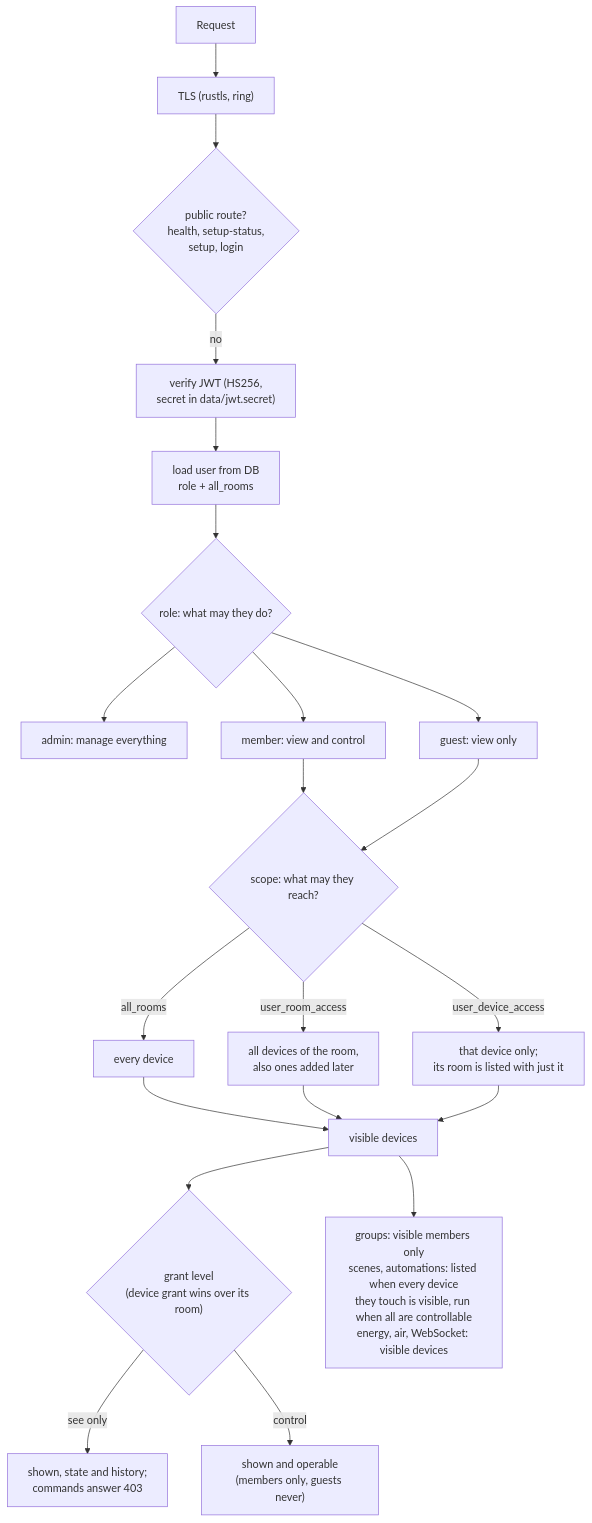
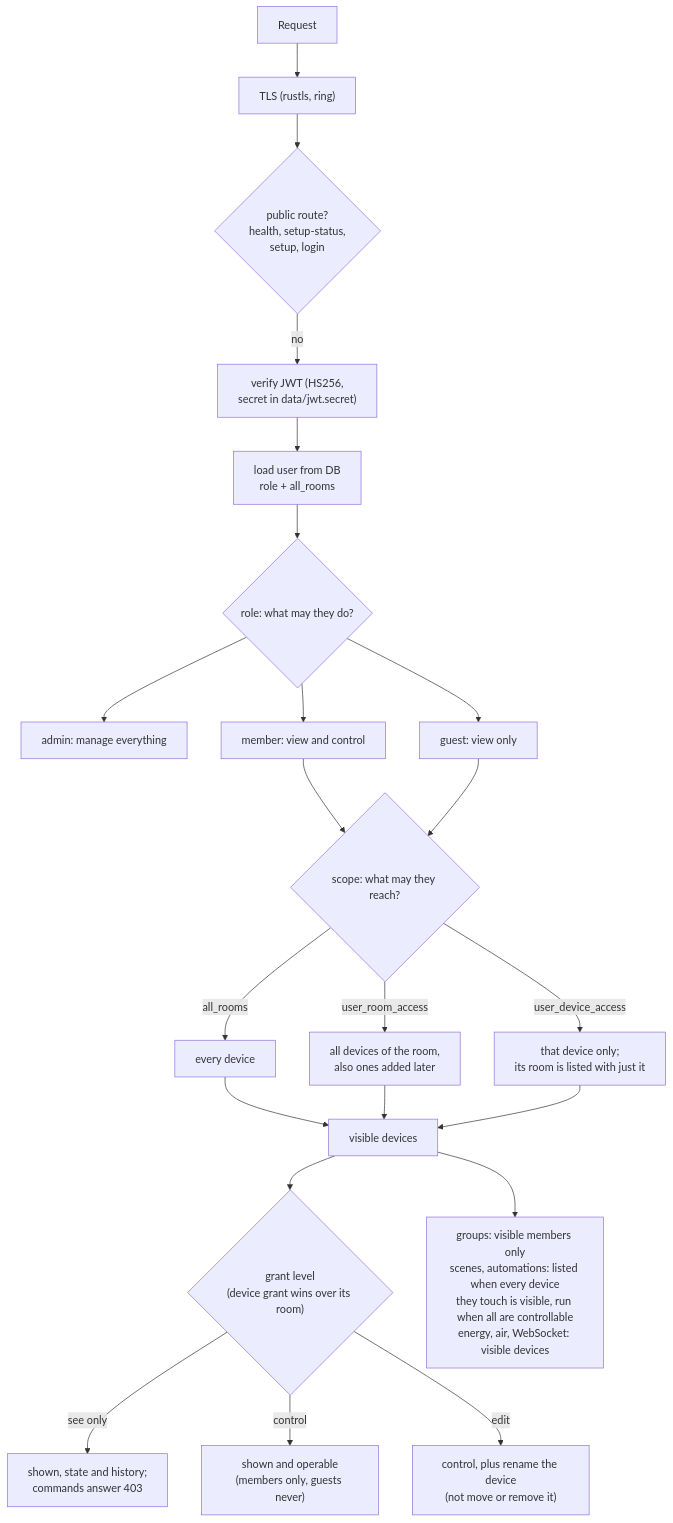
Before and after one commit to aiyu-ayaan/Domus: the eighth of 10 diagrams in development/docs/ARCHITECTURE.md, drawn with Mermaid. The commit also changed other lines of this file and 19 other files, not shown here.

First line of the commit message:
feat(Access) : Add an edit level, a full-screen person editor and generated emails

````diff
--- a/development/docs/ARCHITECTURE.md
+++ b/development/docs/ARCHITECTURE.md
@@ -296,23 +296,24 @@
 ```mermaid
 flowchart TB
     Req["Request"] --> HTTPS["TLS (rustls, ring)"]
     HTTPS --> Pub{"public route?<br/>health, setup-status,<br/>setup, login"}
     Pub -- no --> JWT["verify JWT (HS256,<br/>secret in data/jwt.secret)"]
     JWT --> Load["load user from DB<br/>role + all_rooms"]
     Load --> Role{"role: what may they do?"}
     Role --> Admin["admin: manage everything"]
     Role --> Member["member: view and control"]
     Role --> Guest["guest: view only"]
     Member --> Scope{"scope: what may they reach?"}
     Guest --> Scope
     Scope -- "all_rooms" --> Home["every device"]
     Scope -- "user_room_access" --> RoomG["all devices of the room,<br/>also ones added later"]
     Scope -- "user_device_access" --> DevG["that device only;<br/>its room is listed with just it"]
     Home --> Vis["visible devices"]
     RoomG --> Vis
     DevG --> Vis
     Vis --> Level{"grant level<br/>(device grant wins over its room)"}
     Level -- "see only" --> See["shown, state and history;<br/>commands answer 403"]
     Level -- "control" --> Ctl["shown and operable<br/>(members only, guests never)"]
+    Level -- "edit" --> Edt["control, plus rename the device<br/>(not move or remove it)"]
     Vis --> Derived["groups: visible members only<br/>scenes, automations: listed when every device<br/>they touch is visible, run when all are controllable<br/>energy, air, WebSocket: visible devices"]
 ```
````
